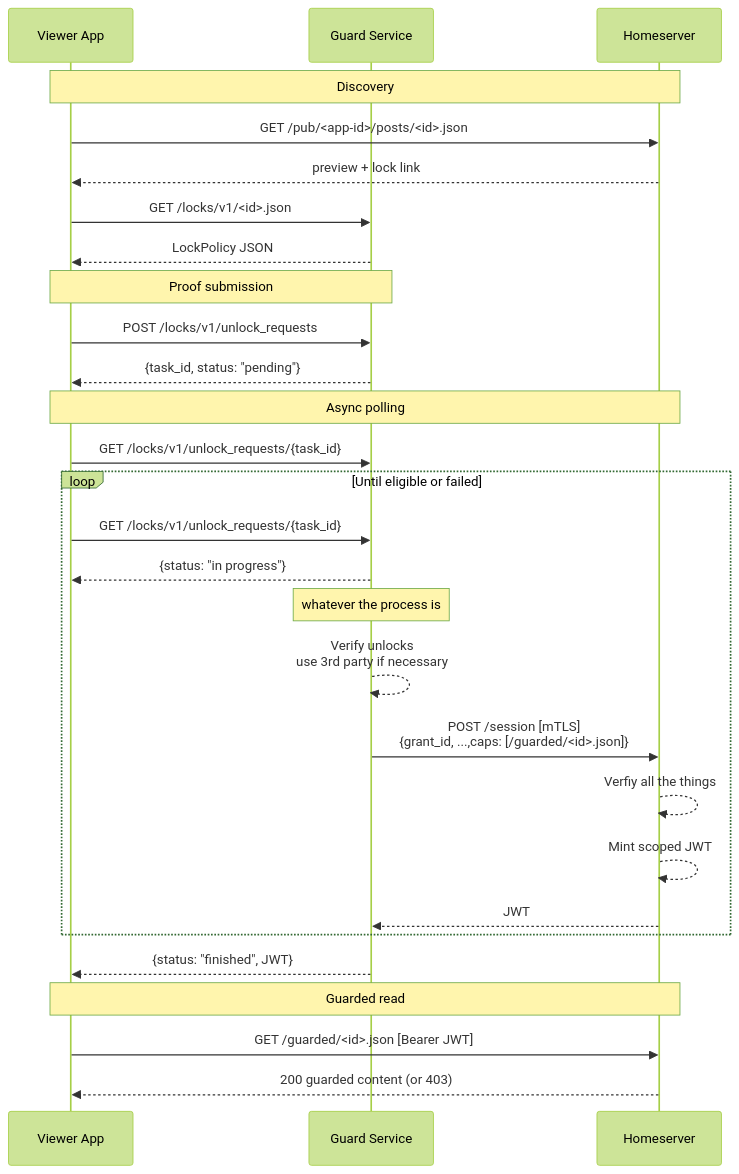
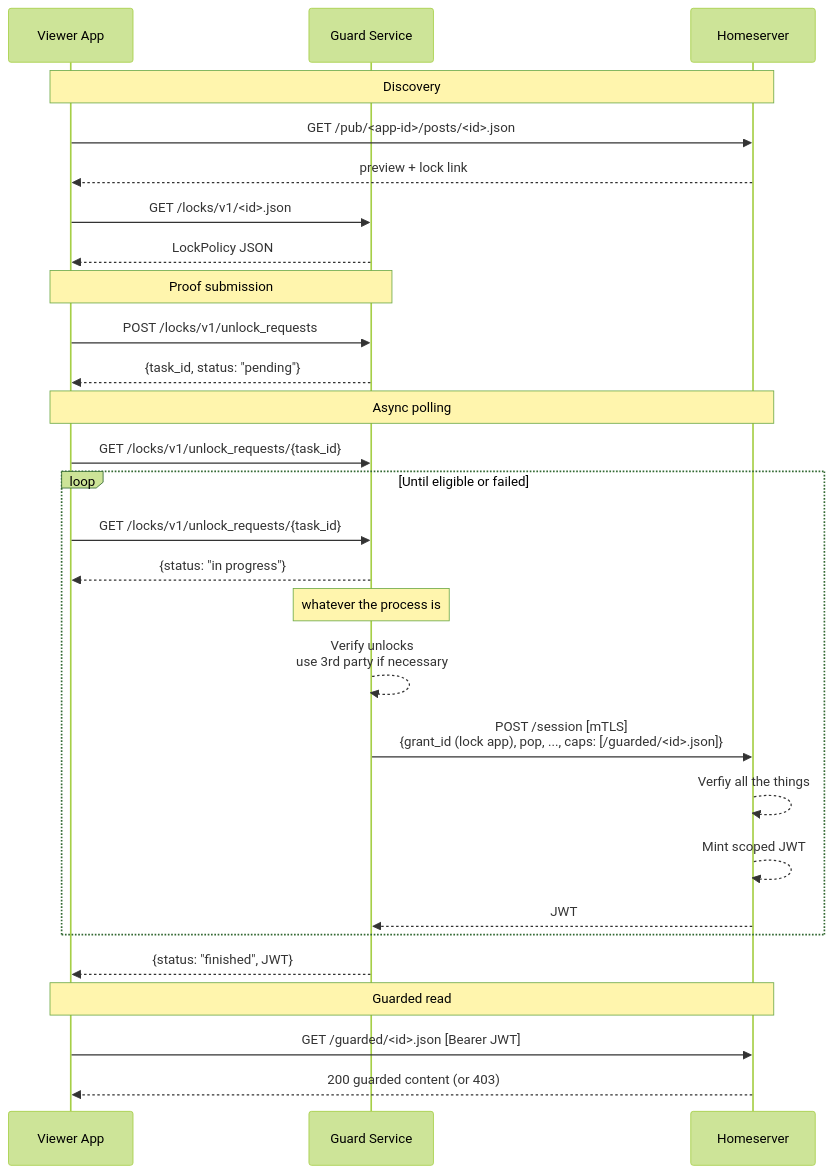
Before and after one commit to BitcoinErrorLog/pubky-locks: the second of 4 diagrams in jwt_proxy_proposal.md, drawn with Mermaid (forest theme). The commit also changed other lines of this file, not shown here.

Commit message:
diagrams done; payloads: todo

````diff
--- a/jwt_proxy_proposal.md
+++ b/jwt_proxy_proposal.md
@@ -118,37 +119,37 @@
 ```mermaid
 sequenceDiagram
   participant V as Viewer App
   participant G as Guard Service
   participant H as Homeserver
 
   Note over V,H: Discovery
   V->>H: GET /pub/<app-id>/posts/<id>.json
   H-->>V: preview + lock link
 
   V->>G: GET /locks/v1/<id>.json
   G-->>V: LockPolicy JSON
 
   Note over V,G: Proof submission
   V->>G: POST /locks/v1/unlock_requests
   G-->>V: {task_id, status: "pending"}
 
   Note over V,H: Async polling
   V->>G: GET /locks/v1/unlock_requests/{task_id}
   loop Until eligible or failed
     V->>G: GET /locks/v1/unlock_requests/{task_id}
     G-->>V: {status: "in progress"}
 
     Note over G,G: whatever the process is
     G-->>G: Verify unlocks <br/> use 3rd party if necessary
 
-    G->>H: POST /session [mTLS]<br/>{grant_id, ...,caps: [/guarded/<id>.json]}
+    G->>H: POST /session [mTLS]<br/>{grant_id (lock app), pop, ..., caps: [/guarded/<id>.json]}
     H-->>H: Verfiy all the things
     H-->>H: Mint scoped JWT
     H-->>G: JWT
   end
   G-->>V: {status: "finished", JWT}
 
   Note over V,H: Guarded read
   V->>H: GET /guarded/<id>.json [Bearer JWT]
   H-->>V: 200 guarded content (or 403)
 ```
````
